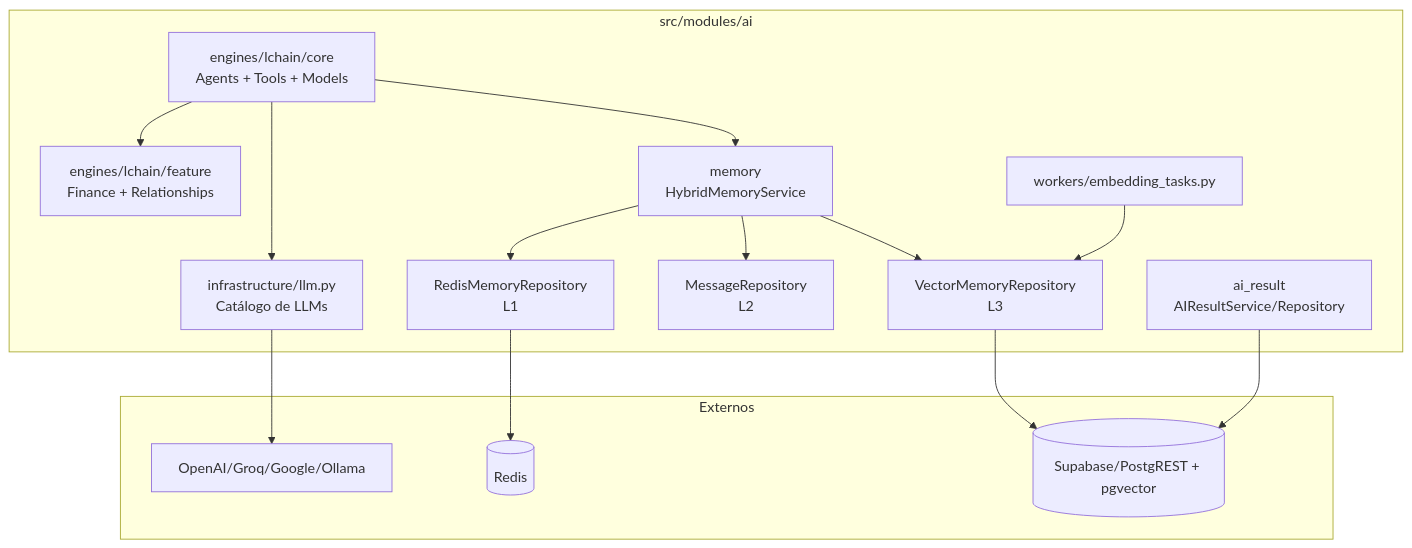
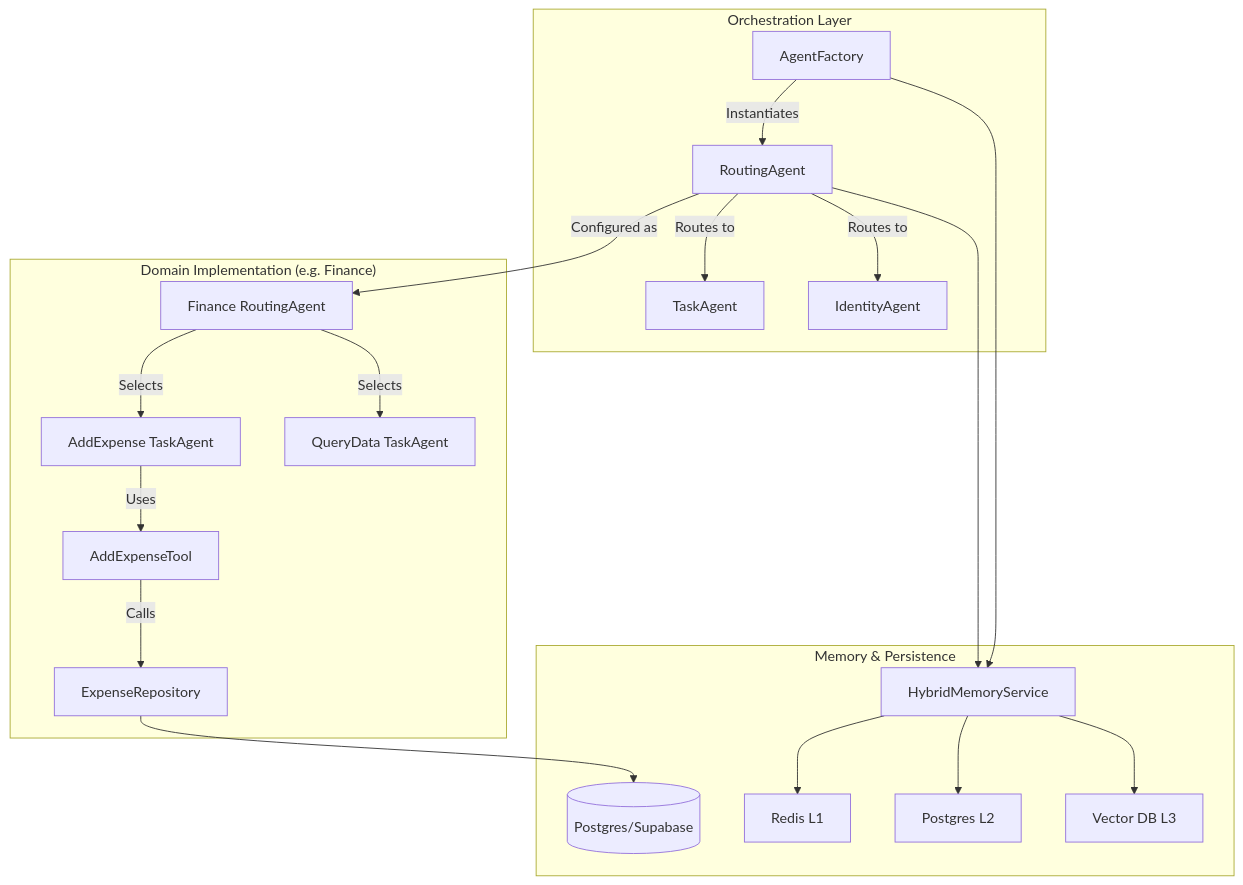
One commit to lennonconstantino/whatsapp_twilio_ai changed the diagram in src/modules/ai/docs/analise_conformidade_modulo_ai.md. Above: the diagram before and after it, drawn with Mermaid. The commit also changed other lines of this file and 12 other files, not shown here.

First line of the commit message:
docs: add comprehensive architectural analysis reports

````diff
--- a/src/modules/ai/docs/analise_conformidade_modulo_ai.md
+++ b/src/modules/ai/docs/analise_conformidade_modulo_ai.md
@@ -26,32 +15,27 @@
 ```mermaid
 graph TD
-  subgraph AI[src/modules/ai]
-    LLM[infrastructure/llm.py<br/>Catálogo de LLMs]
-    Core[engines/lchain/core<br/>Agents + Tools + Models]
-    Features[engines/lchain/feature<br/>Finance + Relationships]
-    Memory[memory<br/>HybridMemoryService]
-    L1[RedisMemoryRepository<br/>L1]
-    L2[MessageRepository<br/>L2]
-    L3[VectorMemoryRepository<br/>L3]
-    Audit[ai_result<br/>AIResultService/Repository]
-    Worker[workers/embedding_tasks.py]
-  end
+    subgraph "Orchestration Layer"
+        AF[AgentFactory] -->|Instantiates| RA[RoutingAgent]
+        RA -->|Routes to| TA[TaskAgent]
+        RA -->|Routes to| IA[IdentityAgent]
+    end
 
-  subgraph External[Externos]
-    Providers[OpenAI/Groq/Google/Ollama]
-    Redis[(Redis)]
-    Supabase[(Supabase/PostgREST + pgvector)]
-  end
+    subgraph "Domain Implementation (e.g. Finance)"
+        RA -- Configured as --> FinRA[Finance RoutingAgent]
+        FinRA -->|Selects| AddExp[AddExpense TaskAgent]
+        FinRA -->|Selects| QueryFin[QueryData TaskAgent]
+        
+        AddExp -->|Uses| ToolExp[AddExpenseTool]
+        ToolExp -->|Calls| RepoExp[ExpenseRepository]
+    end
 
-  Core --> LLM
-  Core --> Features
-  Core --> Memory
-  Memory --> L1
-  Memory --> L2
-  Memory --> L3
-  LLM --> Providers
-  L1 --> Redis
-  L3 --> Supabase
-  Audit --> Supabase
-  Worker --> L3
+    subgraph "Memory & Persistence"
+        RepoExp --> DB[(Postgres/Supabase)]
+        RA --> HMS[HybridMemoryService]
+        HMS --> Redis[Redis L1]
+        HMS --> DB_Mem[Postgres L2]
+        HMS --> Vector[Vector DB L3]
+    end
+    
+    AF --> HMS
 ```
````
